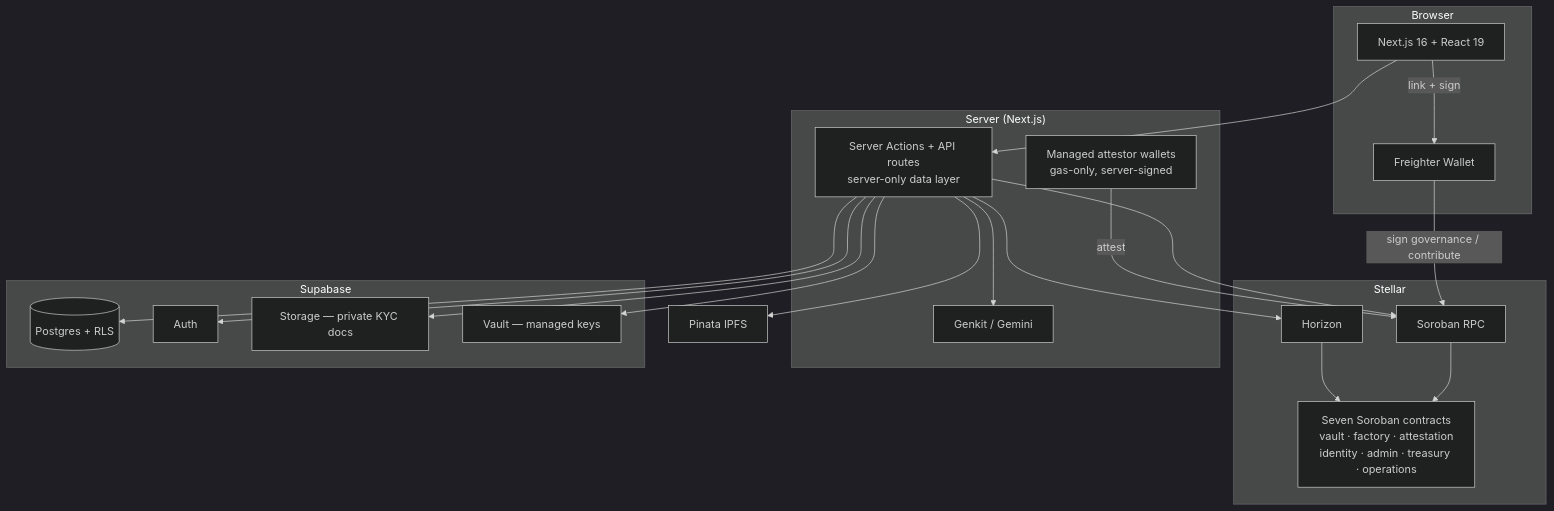
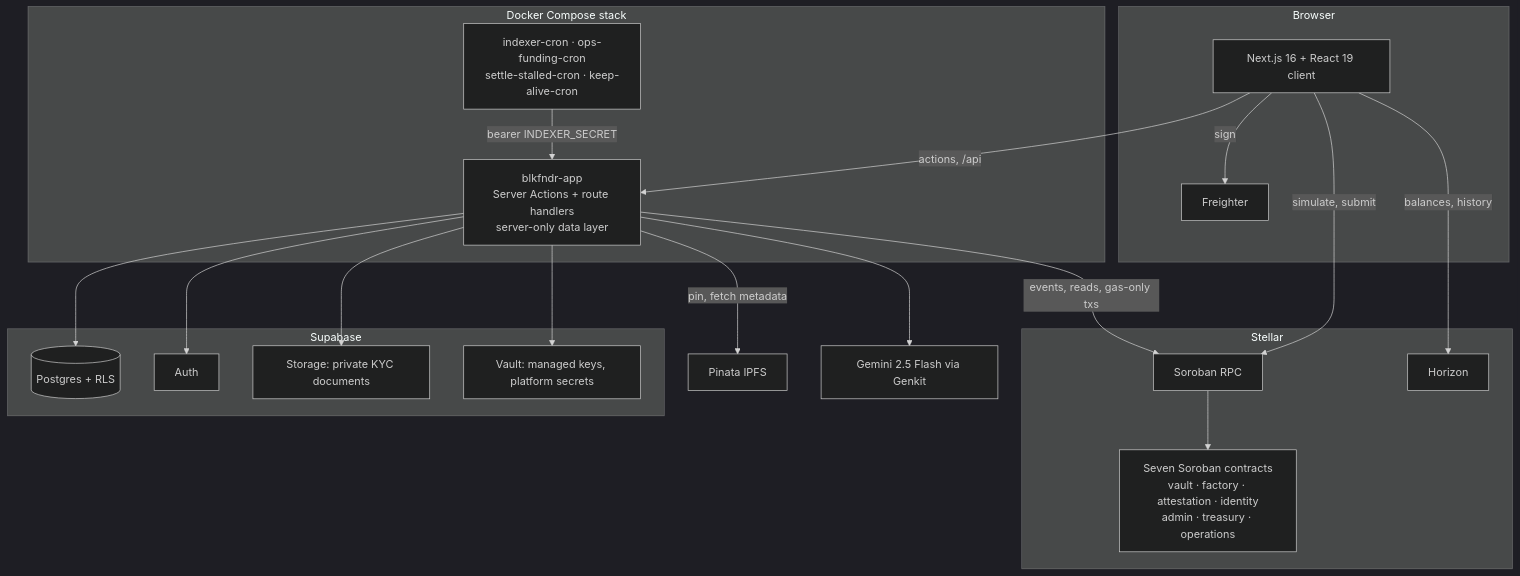
Before and after one commit to BLKFNDRPH/blkfndrapp: the diagram in docs/architecture.md, drawn with Mermaid (dark theme). The commit also changed other lines of this file and 18 other files, not shown here.

````diff
--- a/docs/architecture.md
+++ b/docs/architecture.md
@@ -7,43 +7,42 @@
 ```mermaid
 graph TB
     subgraph Browser
-        UI[Next.js 16 + React 19]
-        FW[Freighter Wallet]
+        UI[Next.js 16 + React 19 client]
+        FW[Freighter]
     end
 
-    subgraph "Stellar"
+    subgraph "Docker Compose stack"
+        APP[blkfndr-app<br/>Server Actions + route handlers<br/>server-only data layer]
+        CRON[indexer-cron · ops-funding-cron<br/>settle-stalled-cron · keep-alive-cron]
+    end
+
+    subgraph Stellar
         SRPC[Soroban RPC]
         HZN[Horizon]
-        SUITE[Seven Soroban contracts<br/>vault · factory · attestation<br/>identity · admin · treasury · operations]
+        SUITE[Seven Soroban contracts<br/>vault · factory · attestation · identity<br/>admin · treasury · operations]
     end
 
-    subgraph "Server (Next.js)"
-        SA[Server Actions + API routes<br/>server-only data layer]
-        MW[Managed attestor wallets<br/>gas-only, server-signed]
-        GK[Genkit / Gemini]
-    end
-
-    subgraph "Supabase"
+    subgraph Supabase
         PG[(Postgres + RLS)]
         AUTH[Auth]
-        STG[Storage — private KYC docs]
-        VAULT[Vault — managed keys]
+        STG[Storage: private KYC documents]
+        SV[Vault: managed keys, platform secrets]
     end
 
     PIN[Pinata IPFS]
+    GEM[Gemini 2.5 Flash via Genkit]
 
-    UI --> SA
-    UI -->|link + sign| FW
-    FW -->|sign governance / contribute| SRPC
-    SA --> PG
-    SA --> AUTH
-    SA --> STG
-    SA --> GK
-    SA --> PIN
-    SA --> SRPC
-    SA --> HZN
-    MW -->|attest| SRPC
-    SA --> VAULT
+    UI -->|actions, /api| APP
+    UI -->|sign| FW
+    UI -->|simulate, submit| SRPC
+    UI -->|balances, history| HZN
+    CRON -->|bearer INDEXER_SECRET| APP
+    APP --> PG
+    APP --> AUTH
+    APP --> STG
+    APP --> SV
+    APP -->|pin, fetch metadata| PIN
+    APP --> GEM
+    APP -->|events, reads, gas-only txs| SRPC
     SRPC --> SUITE
-    HZN --> SUITE
 ```
````
